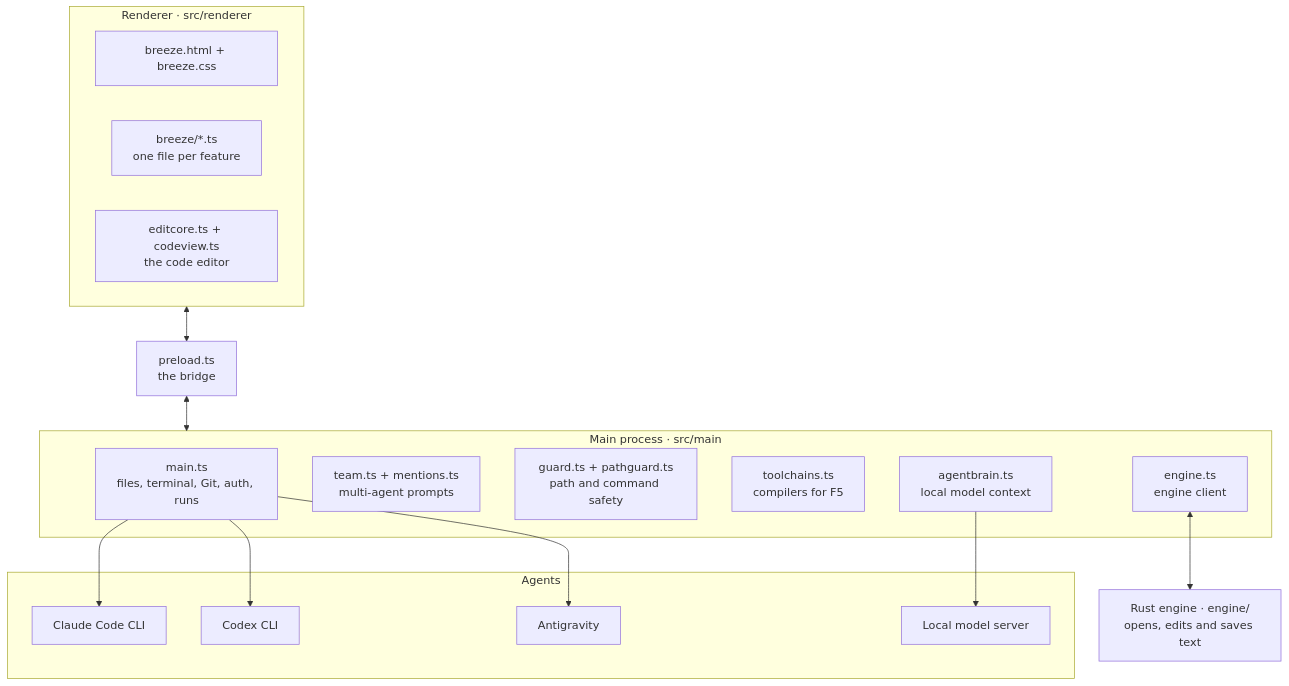
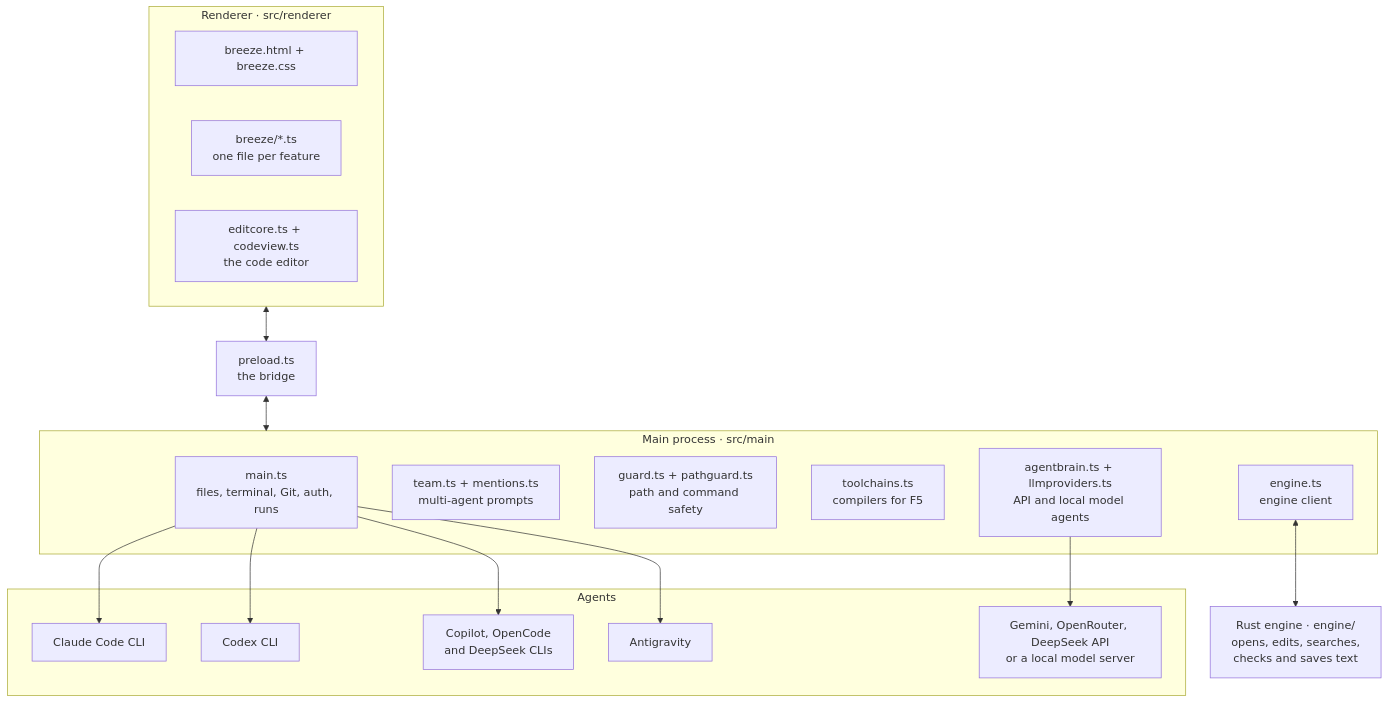
Before and after one commit to itsphatto/BreezeCode: the second of 2 diagrams in README.md, drawn with Mermaid. The commit also changed other lines of this file and 52 other files, not shown here.

````diff
--- a/README.md
+++ b/README.md
@@ -294,28 +289,29 @@
 ```mermaid
 flowchart TB
     subgraph R["Renderer · src/renderer"]
         UI["breeze.html + breeze.css"]
         F["breeze/*.ts<br/>one file per feature"]
         E["editcore.ts + codeview.ts<br/>the code editor"]
     end
     PL["preload.ts<br/>the bridge"]
     subgraph M["Main process · src/main"]
         MJ["main.ts<br/>files, terminal, Git, auth, runs"]
         T["team.ts + mentions.ts<br/>multi-agent prompts"]
         G["guard.ts + pathguard.ts<br/>path and command safety"]
         TC["toolchains.ts<br/>compilers for F5"]
-        AB["agentbrain.ts<br/>local model context"]
+        AB["agentbrain.ts + llmproviders.ts<br/>API and local model agents"]
         EN["engine.ts<br/>engine client"]
     end
-    RE["Rust engine · engine/<br/>opens, edits and saves text"]
+    RE["Rust engine · engine/<br/>opens, edits, searches,<br/>checks and saves text"]
     subgraph A["Agents"]
         CL["Claude Code CLI"]
         CX["Codex CLI"]
+        CP["Copilot, OpenCode<br/>and DeepSeek CLIs"]
         AG["Antigravity"]
-        LL["Local model server"]
+        LL["Gemini, OpenRouter, DeepSeek API<br/>or a local model server"]
     end
     R <--> PL <--> M
     EN <--> RE
-    MJ --> CL & CX & AG
+    MJ --> CL & CX & CP & AG
     AB --> LL
 ```
````
